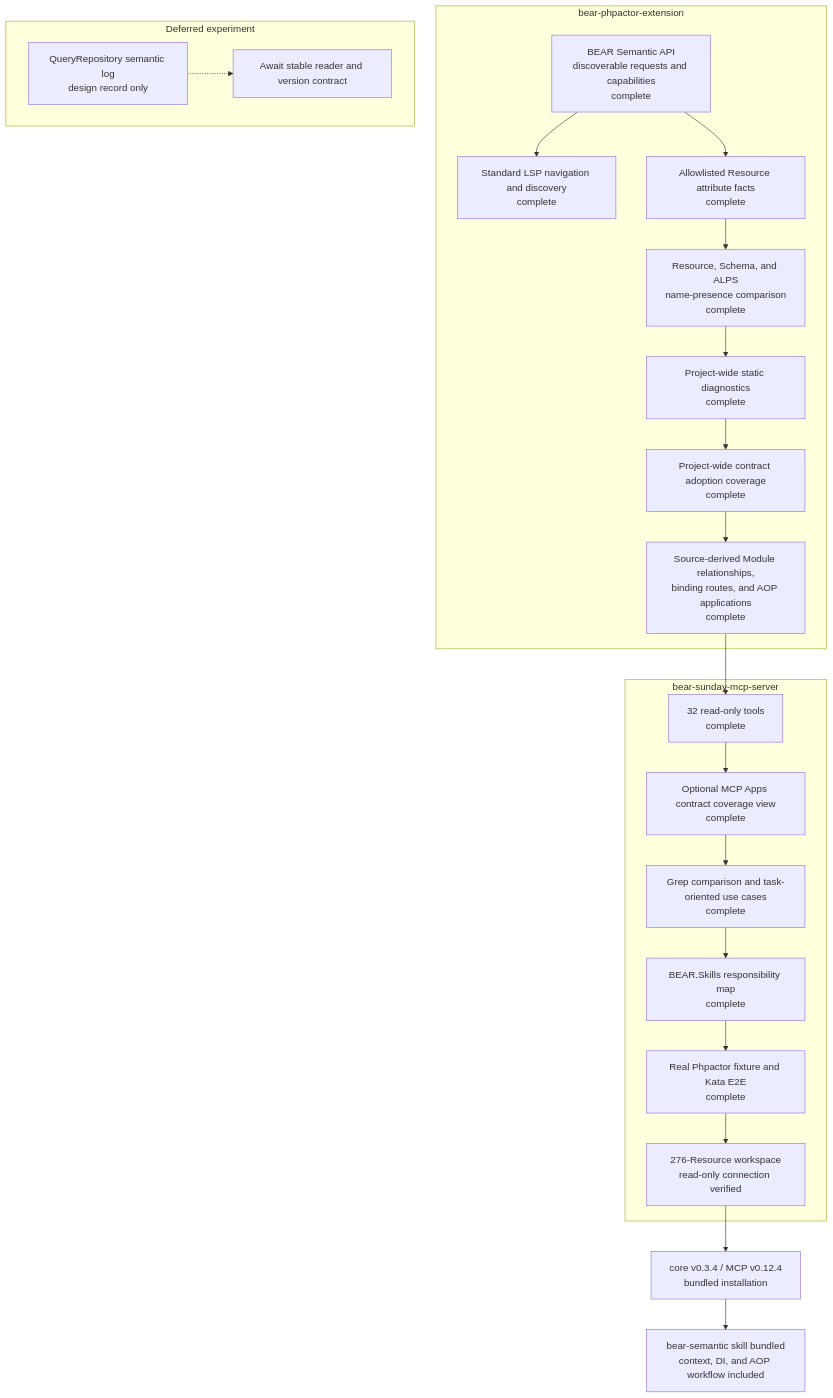
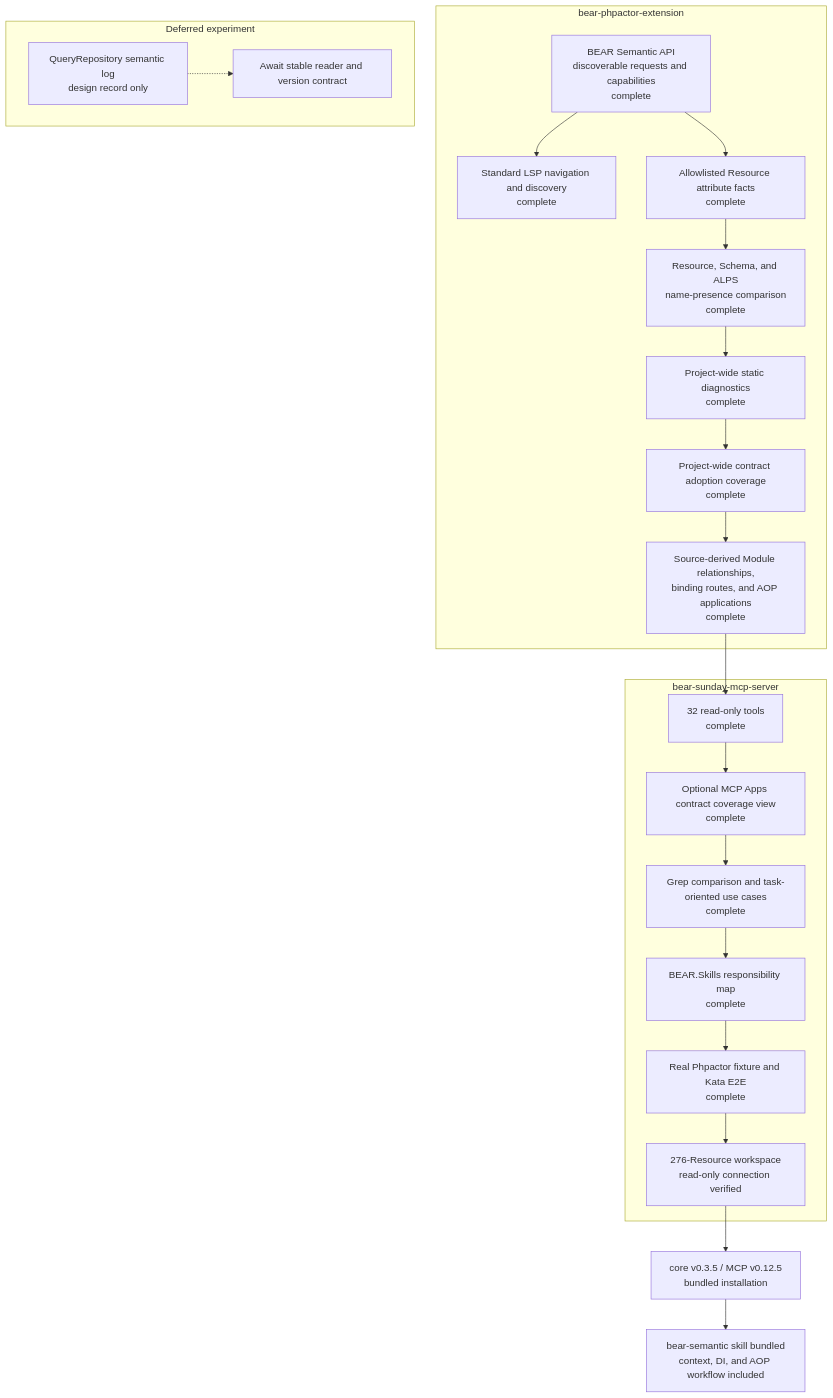
The diagram in docs/project-status.md (suzumaze/bear-sunday-mcp-server), drawn with Mermaid before and after one commit. The commit also changed other lines of this file and 7 other files, not shown here.

````diff
--- a/docs/project-status.md
+++ b/docs/project-status.md
@@ -9,35 +9,35 @@
 ```mermaid
 flowchart TB
     subgraph Core["bear-phpactor-extension"]
         C1["BEAR Semantic API<br/>discoverable requests and capabilities<br/>complete"]
         C2["Standard LSP navigation and discovery<br/>complete"]
         C3["Allowlisted Resource attribute facts<br/>complete"]
         C4["Resource, Schema, and ALPS<br/>name-presence comparison<br/>complete"]
         C5["Project-wide static diagnostics<br/>complete"]
         C6["Project-wide contract adoption coverage<br/>complete"]
         C7["Source-derived Module relationships,<br/>binding routes, and AOP applications<br/>complete"]
         C1 --> C2
         C1 --> C3 --> C4 --> C5 --> C6 --> C7
     end
 
     subgraph MCP["bear-sunday-mcp-server"]
         M1["32 read-only tools<br/>complete"]
         M0["Optional MCP Apps contract coverage view<br/>complete"]
         M2["Grep comparison and task-oriented use cases<br/>complete"]
         M3["BEAR.Skills responsibility map<br/>complete"]
         M4["Real Phpactor fixture and Kata E2E<br/>complete"]
         M5["276-Resource workspace<br/>read-only connection verified"]
         M1 --> M0 --> M2 --> M3 --> M4 --> M5
     end
 
     C7 --> M1
 
     subgraph Deferred["Deferred experiment"]
         D1["QueryRepository semantic log<br/>design record only"]
         D2["Await stable reader and version contract"]
         D1 -.-> D2
     end
 
-    M5 --> R1["core v0.3.4 / MCP v0.12.4<br/>bundled installation"]
+    M5 --> R1["core v0.3.5 / MCP v0.12.5<br/>bundled installation"]
     R1 --> S1["bear-semantic skill bundled<br/>context, DI, and AOP workflow included"]
 ```
````
